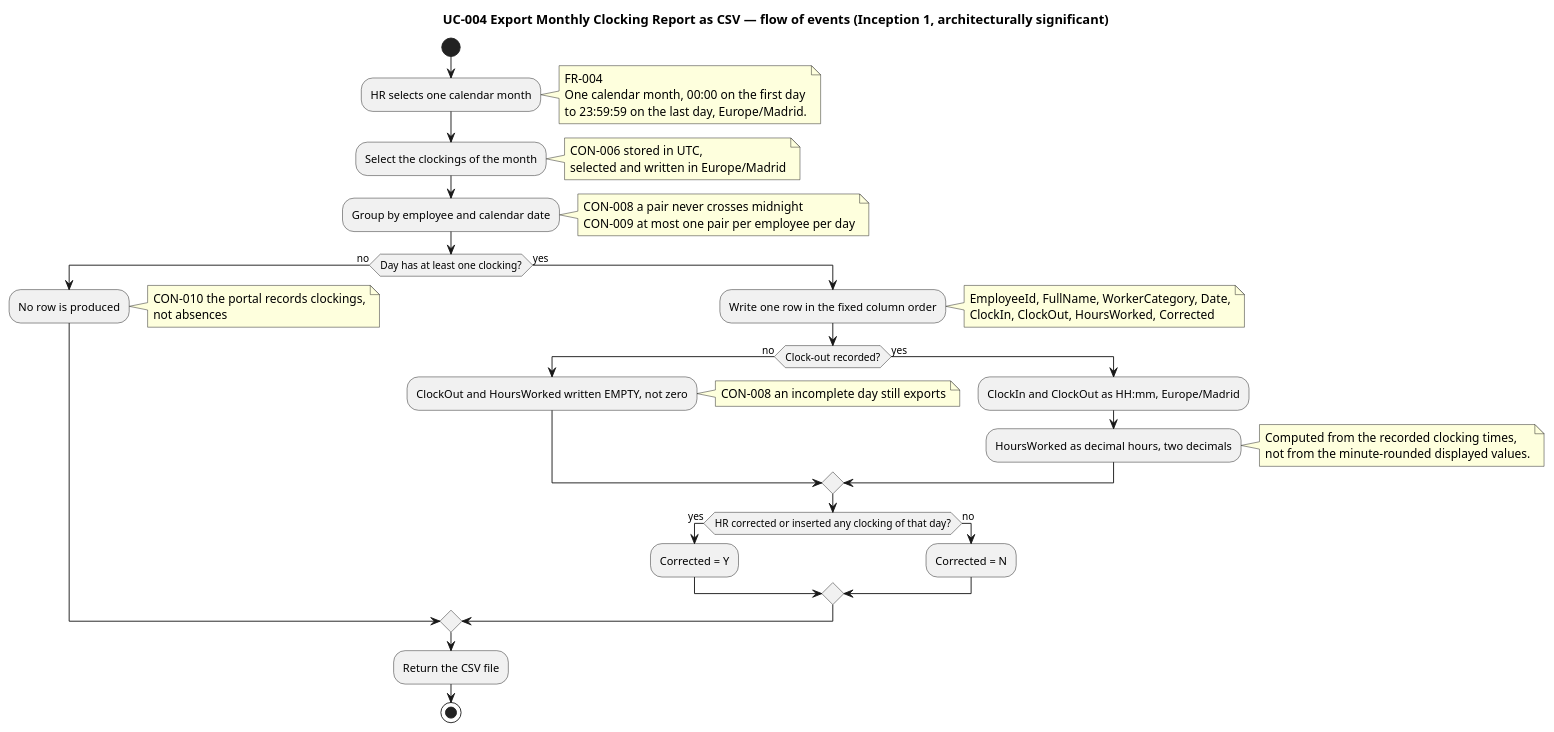
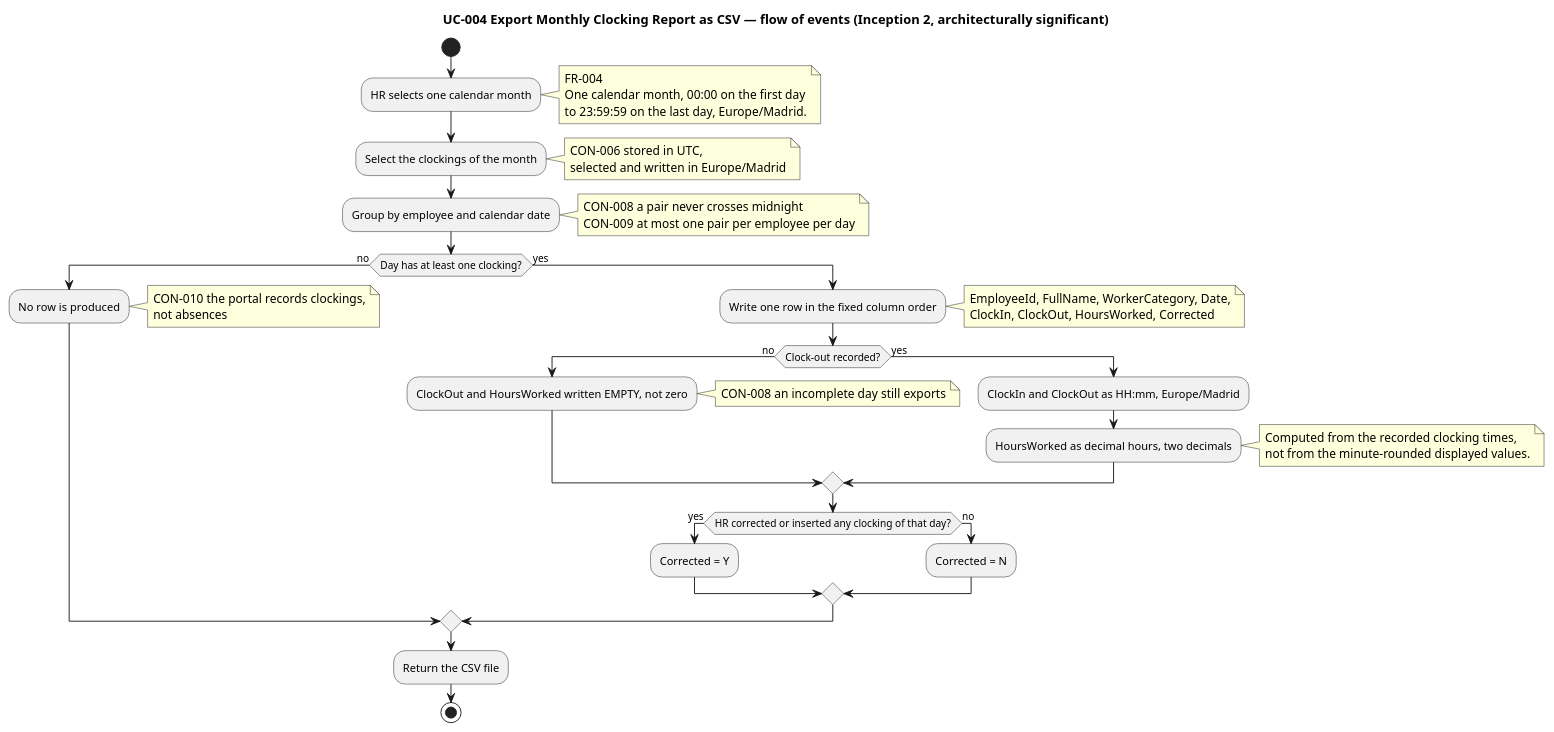
One commit to banense-test/portal changed the fourth of 6 diagrams in docs/artifacts/requirements/use-case-model.md. Above: the diagram before and after it, drawn with PlantUML. The commit also changed other lines of this file, not shown here.

````diff
--- a/docs/artifacts/requirements/use-case-model.md
+++ b/docs/artifacts/requirements/use-case-model.md
@@ -325,60 +325,60 @@
 ```plantuml
 @startuml
-title UC-004 Export Monthly Clocking Report as CSV — flow of events (Inception 1, architecturally significant)
+title UC-004 Export Monthly Clocking Report as CSV — flow of events (Inception 2, architecturally significant)
 
 start
 :HR selects one calendar month;
 note right
   FR-004
   One calendar month, 00:00 on the first day
   to 23:59:59 on the last day, Europe/Madrid.
 end note
 
 :Select the clockings of the month;
 note right
   CON-006 stored in UTC,
   selected and written in Europe/Madrid
 end note
 
 :Group by employee and calendar date;
 note right
   CON-008 a pair never crosses midnight
   CON-009 at most one pair per employee per day
 end note
 
 if (Day has at least one clocking?) then (no)
   :No row is produced;
   note right
     CON-010 the portal records clockings,
     not absences
   end note
 else (yes)
   :Write one row in the fixed column order;
   note right
     EmployeeId, FullName, WorkerCategory, Date,
     ClockIn, ClockOut, HoursWorked, Corrected
   end note
   if (Clock-out recorded?) then (no)
     :ClockOut and HoursWorked written EMPTY, not zero;
     note right
       CON-008 an incomplete day still exports
     end note
   else (yes)
     :ClockIn and ClockOut as HH:mm, Europe/Madrid;
     :HoursWorked as decimal hours, two decimals;
     note right
       Computed from the recorded clocking times,
       not from the minute-rounded displayed values.
     end note
   endif
   if (HR corrected or inserted any clocking of that day?) then (yes)
     :Corrected = Y;
   else (no)
     :Corrected = N;
   endif
 endif
 
 :Return the CSV file;
 stop
 @enduml
 ```
````
